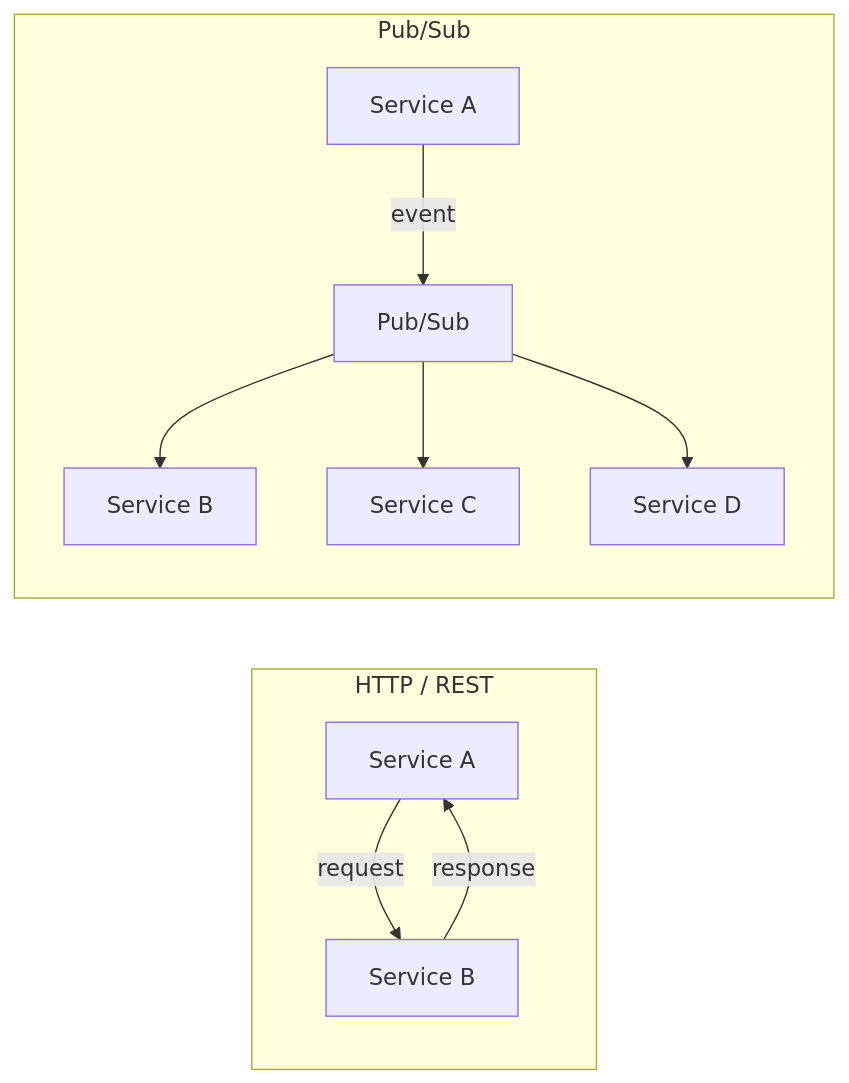
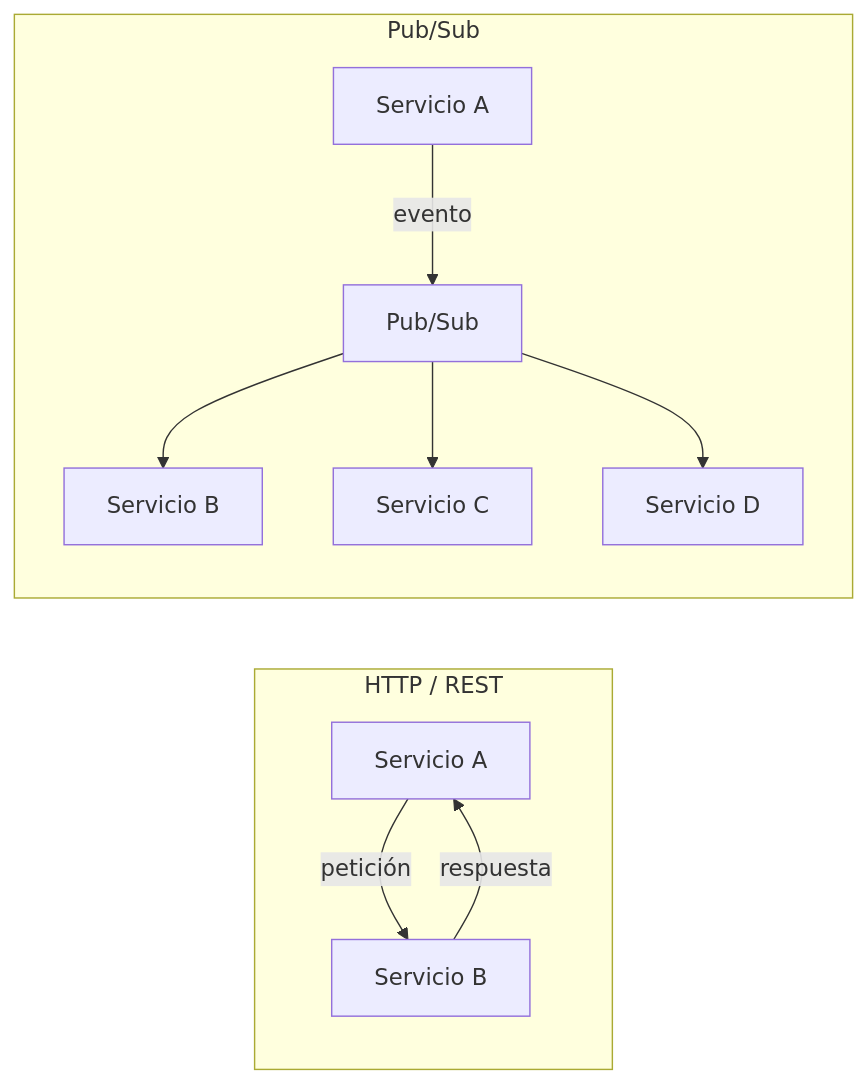
Before and after one commit to mytheondev/mytheondev: the third of 10 diagrams in src/content/blog/google-cloud-pubsub-how-to-use-it-correctly.es.md, drawn with Mermaid. The commit also changed other lines of this file and 33 other files, not shown here.

````diff
--- a/src/content/blog/google-cloud-pubsub-how-to-use-it-correctly.es.md
+++ b/src/content/blog/google-cloud-pubsub-how-to-use-it-correctly.es.md
@@ -94,14 +95,14 @@
 ```mermaid
 flowchart LR
   subgraph http ["HTTP / REST"]
-    HA[Service A] -->|request| HB[Service B]
-    HB -->|response| HA
+    HA[Servicio A] -->|petición| HB[Servicio B]
+    HB -->|respuesta| HA
   end
 
   subgraph pubsub [Pub/Sub]
-    PA[Service A] -->|event| PS[Pub/Sub]
-    PS --> PB[Service B]
-    PS --> PC[Service C]
-    PS --> PD[Service D]
+    PA[Servicio A] -->|evento| PS[Pub/Sub]
+    PS --> PB[Servicio B]
+    PS --> PC[Servicio C]
+    PS --> PD[Servicio D]
   end
 ```
````
